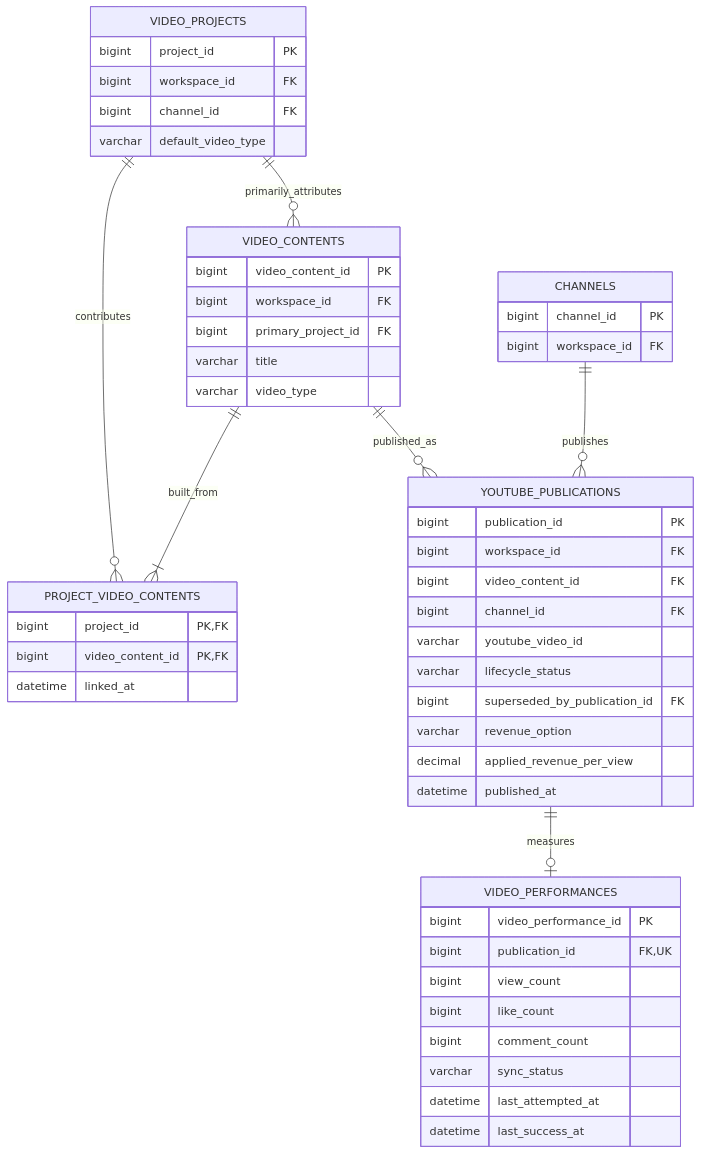
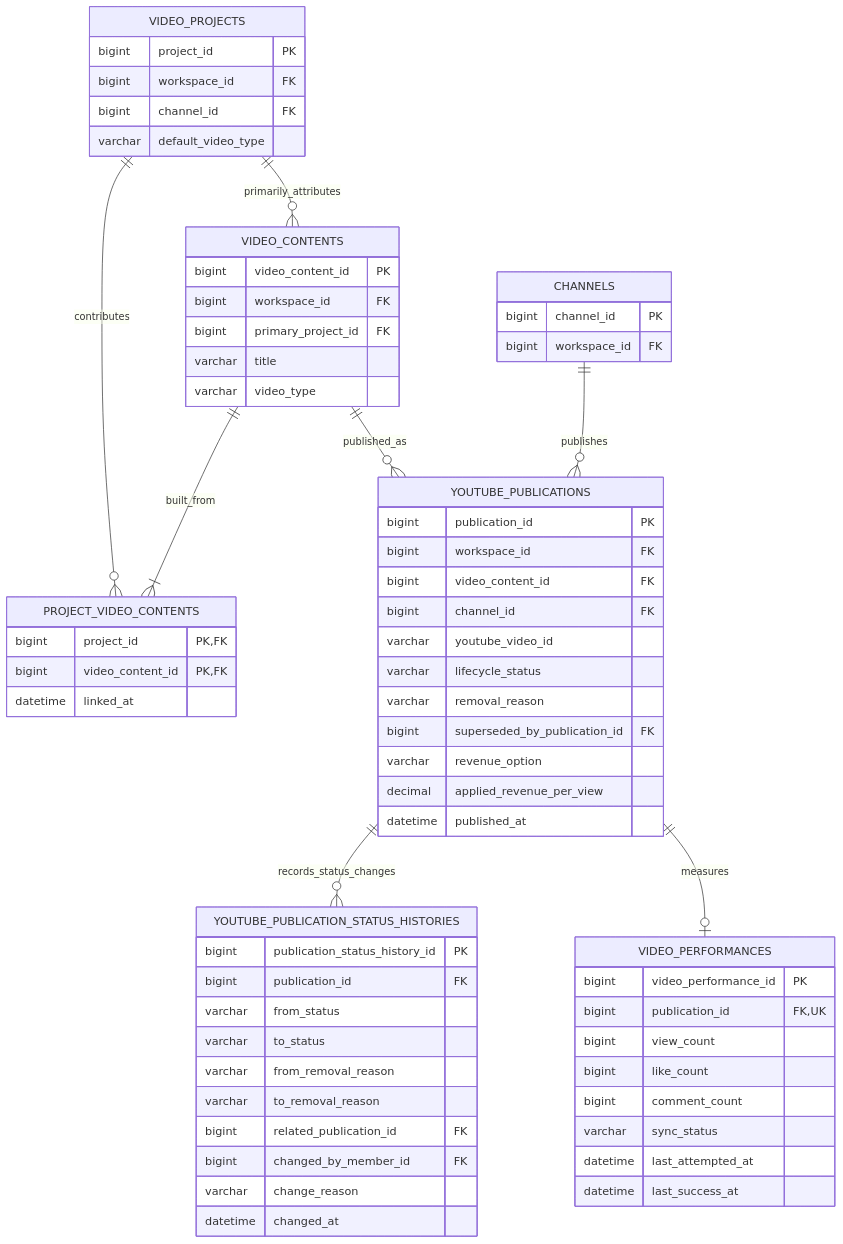
One commit to heebaek200/yms-project changed the sixth of 6 diagrams in docs/design/데이터베이스 설계 및 ERD.md. Above: the diagram before and after it, drawn with Mermaid. The commit also changed other lines of this file and 4 other files, not shown here.

````diff
--- a/docs/design/데이터베이스 설계 및 ERD.md
+++ b/docs/design/데이터베이스 설계 및 ERD.md
@@ -1227,59 +1307,74 @@
 ```mermaid
 erDiagram
     VIDEO_PROJECTS {
         bigint project_id PK
         bigint workspace_id FK
         bigint channel_id FK
         varchar default_video_type
     }
 
     VIDEO_CONTENTS {
         bigint video_content_id PK
         bigint workspace_id FK
         bigint primary_project_id FK
         varchar title
         varchar video_type
     }
 
     PROJECT_VIDEO_CONTENTS {
         bigint project_id PK,FK
         bigint video_content_id PK,FK
         datetime linked_at
     }
 
     CHANNELS {
         bigint channel_id PK
         bigint workspace_id FK
     }
 
     YOUTUBE_PUBLICATIONS {
         bigint publication_id PK
         bigint workspace_id FK
         bigint video_content_id FK
         bigint channel_id FK
         varchar youtube_video_id
         varchar lifecycle_status
+        varchar removal_reason
         bigint superseded_by_publication_id FK
         varchar revenue_option
         decimal applied_revenue_per_view
         datetime published_at
+    }
+
+    YOUTUBE_PUBLICATION_STATUS_HISTORIES {
+        bigint publication_status_history_id PK
+        bigint publication_id FK
+        varchar from_status
+        varchar to_status
+        varchar from_removal_reason
+        varchar to_removal_reason
+        bigint related_publication_id FK
+        bigint changed_by_member_id FK
+        varchar change_reason
+        datetime changed_at
     }
 
     VIDEO_PERFORMANCES {
         bigint video_performance_id PK
         bigint publication_id FK,UK
         bigint view_count
         bigint like_count
         bigint comment_count
         varchar sync_status
         datetime last_attempted_at
         datetime last_success_at
     }
 
     VIDEO_PROJECTS ||--o{ PROJECT_VIDEO_CONTENTS : contributes
     VIDEO_CONTENTS ||--|{ PROJECT_VIDEO_CONTENTS : built_from
     VIDEO_PROJECTS ||--o{ VIDEO_CONTENTS : primarily_attributes
     VIDEO_CONTENTS ||--o{ YOUTUBE_PUBLICATIONS : published_as
     CHANNELS ||--o{ YOUTUBE_PUBLICATIONS : publishes
+    YOUTUBE_PUBLICATIONS ||--o{ YOUTUBE_PUBLICATION_STATUS_HISTORIES : records_status_changes
     YOUTUBE_PUBLICATIONS ||--o| VIDEO_PERFORMANCES : measures
 ```
````
